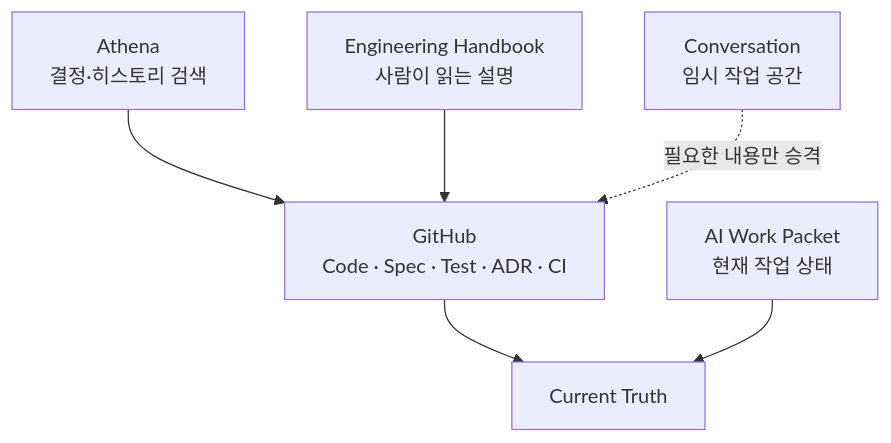
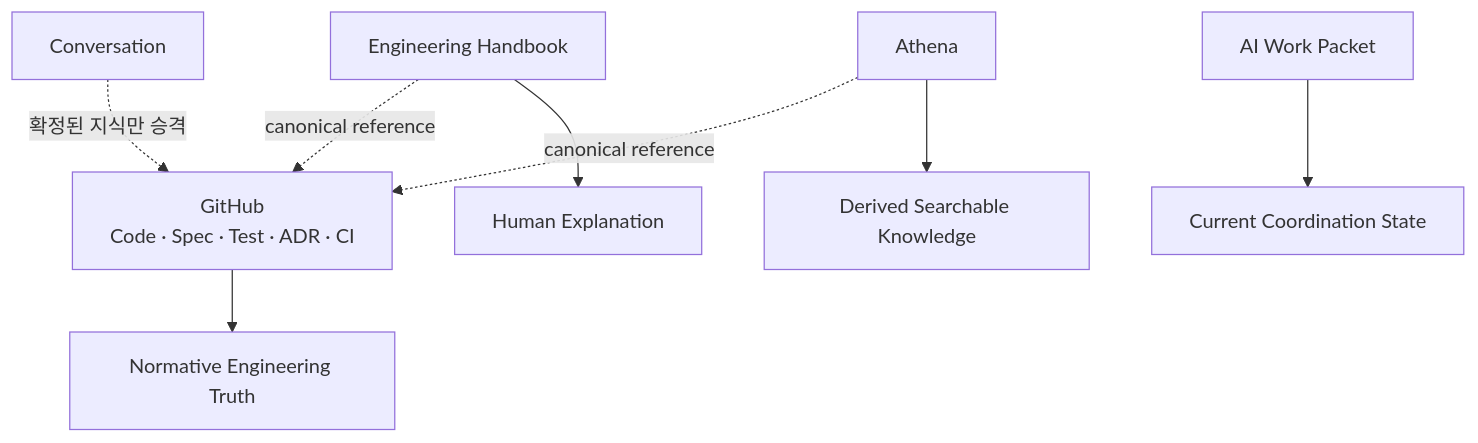
One commit to datarelay-labs/engineering-system-docs changed the first of 2 diagrams in ko/knowledge.mdx. Above: the diagram before and after it, drawn with Mermaid.

Commit message:
docs: clarify Korean knowledge layers

```diff
--- a/ko/knowledge.mdx
+++ b/ko/knowledge.mdx
@@ -22,8 +22,10 @@
 ~~~mermaid
 flowchart TB
-    G["GitHub<br/>Code · Spec · Test · ADR · CI"] --> T["Current Truth"]
-    W["AI Work Packet<br/>현재 작업 상태"] --> T
-    A["Athena<br/>결정·히스토리 검색"] --> G
-    H["Engineering Handbook<br/>사람이 읽는 설명"] --> G
-    C["Conversation<br/>임시 작업 공간"] -. 필요한 내용만 승격 .-> G
+    G["GitHub<br/>Code · Spec · Test · ADR · CI"] --> T["Normative Engineering Truth"]
+    W["AI Work Packet"] --> C["Current Coordination State"]
+    A["Athena"] --> K["Derived Searchable Knowledge"]
+    H["Engineering Handbook"] --> E["Human Explanation"]
+    A -. canonical reference .-> G
+    H -. canonical reference .-> G
+    V["Conversation"] -. 확정된 지식만 승격 .-> G
 ~~~
```
